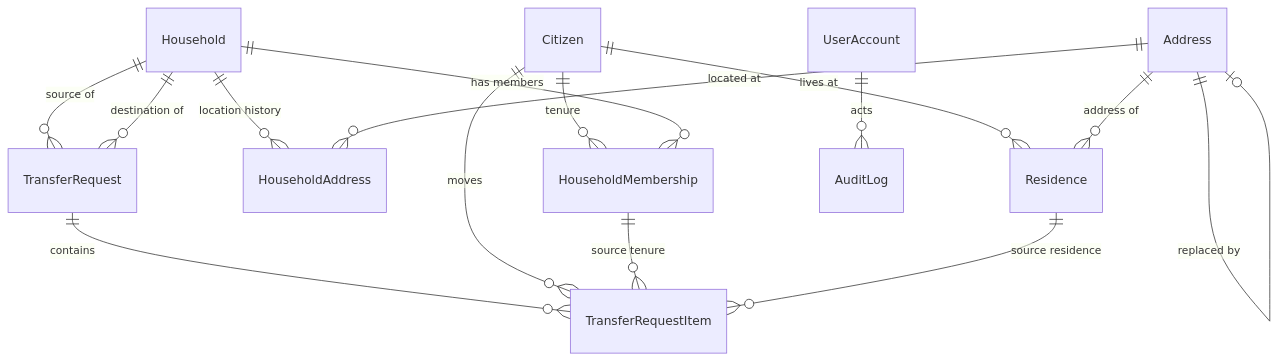
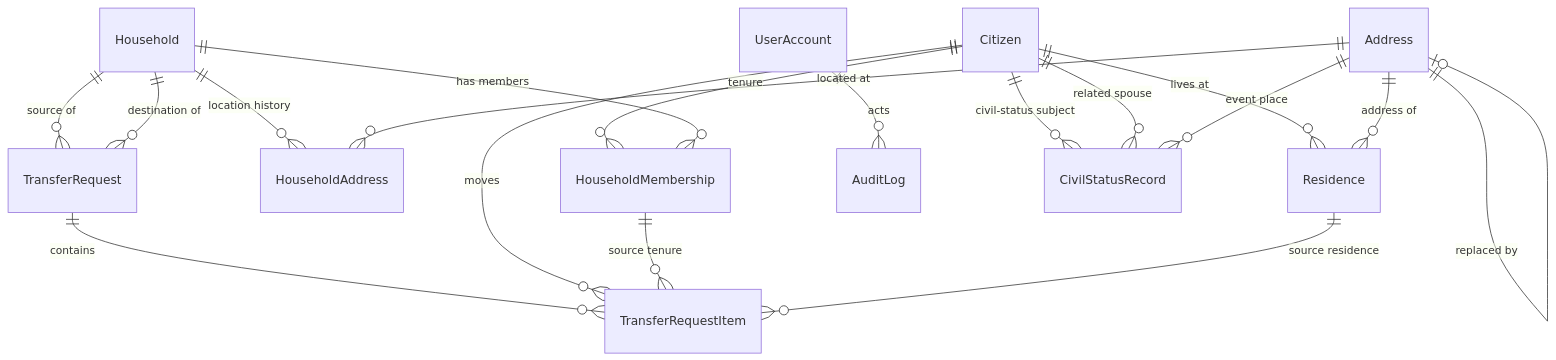
The second of 2 diagrams in docs/05-building-block-view.md (Bryan1805a/ARIS), drawn with Mermaid before and after one commit. The commit also changed other lines of this file and 17 other files, not shown here.

First line of the commit message:
docs: align architecture documentation with civil status

````diff
--- a/docs/05-building-block-view.md
+++ b/docs/05-building-block-view.md
@@ -182,17 +187,20 @@
 ```mermaid
 erDiagram
     Citizen ||--o{ HouseholdMembership : "tenure"
     Household ||--o{ HouseholdMembership : "has members"
     Household ||--o{ HouseholdAddress : "location history"
     Address ||--o{ HouseholdAddress : "located at"
     Citizen ||--o{ Residence : "lives at"
     Address ||--o{ Residence : "address of"
     Household ||--o{ TransferRequest : "source of"
     Household ||--o{ TransferRequest : "destination of"
     TransferRequest ||--o{ TransferRequestItem : "contains"
     Citizen ||--o{ TransferRequestItem : "moves"
     HouseholdMembership ||--o{ TransferRequestItem : "source tenure"
     Residence ||--o{ TransferRequestItem : "source residence"
     UserAccount ||--o{ AuditLog : "acts"
+    Citizen ||--o{ CivilStatusRecord : "civil-status subject"
+    Citizen ||--o{ CivilStatusRecord : "related spouse"
+    Address ||--o{ CivilStatusRecord : "event place"
     Address ||--o| Address : "replaced by"
 ```
````
